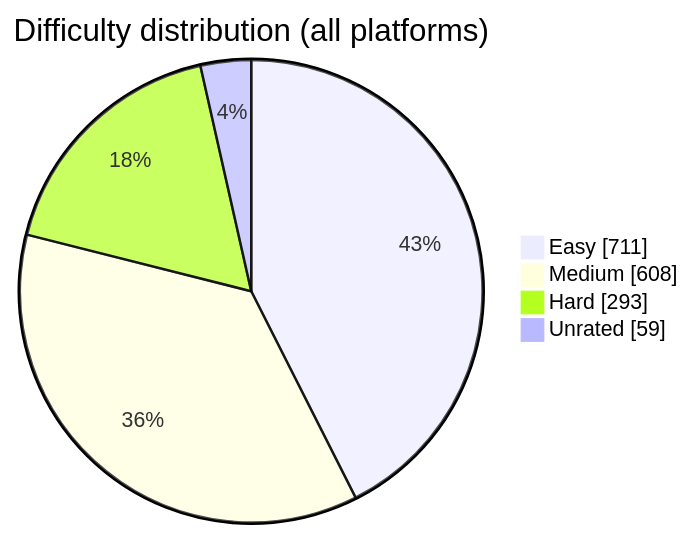
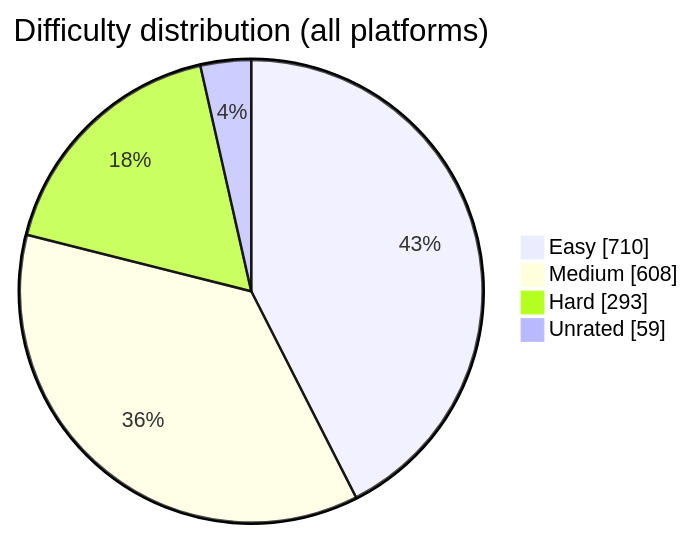
Before and after one commit to BuildbyArindam/Daily-Coding-Log: the diagram in README.md, drawn with Mermaid. The commit also changed other lines of this file, not shown here.

````diff
--- a/README.md
+++ b/README.md
@@ -93,7 +93,7 @@
 ```mermaid
 pie showData title Difficulty distribution (all platforms)
-    "Easy" : 711
+    "Easy" : 710
     "Medium" : 608
     "Hard" : 293
     "Unrated" : 59
 ```
````
